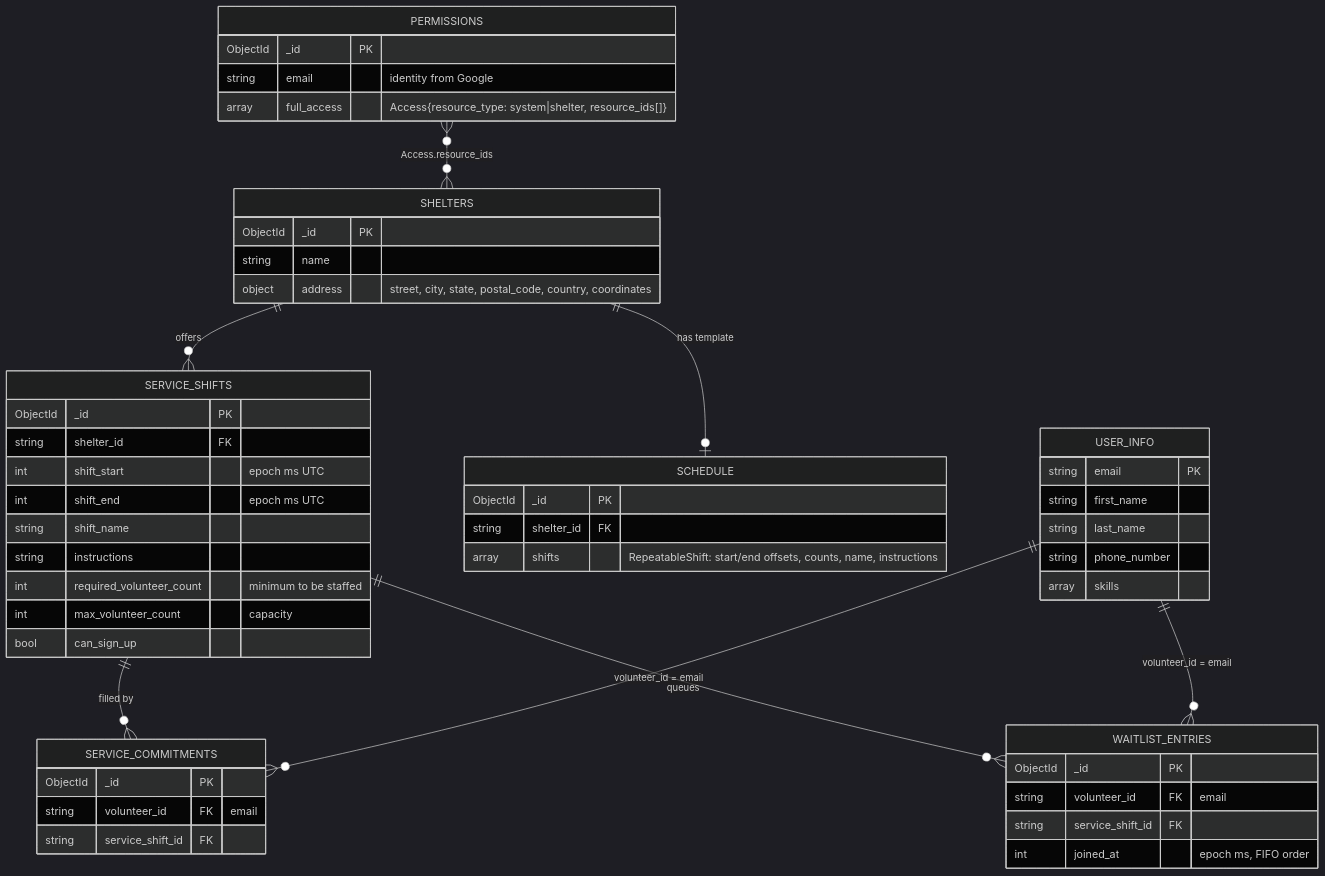
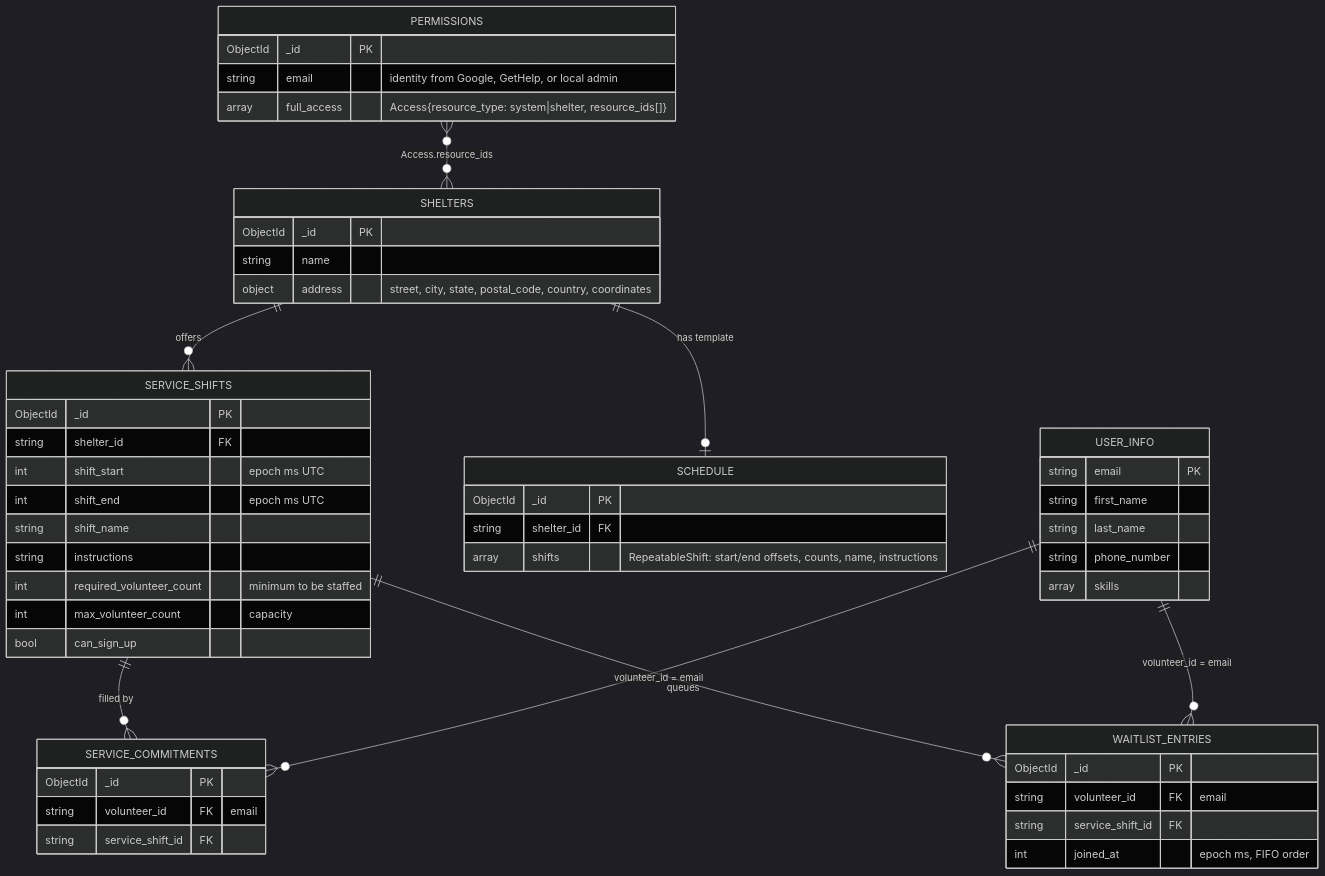
Before and after one commit to oss-slu/shelter_volunteers: the fifth of 11 diagrams in docs/SYSTEM_DESIGN.md, drawn with Mermaid (dark theme). The commit also changed other lines of this file and 17 other files, not shown here.

First line of the commit message:
Add admin email/password sign-in and redesign the landing page

````diff
--- a/docs/SYSTEM_DESIGN.md
+++ b/docs/SYSTEM_DESIGN.md
@@ -252,55 +252,55 @@
 ```mermaid
 erDiagram
     SHELTERS ||--o{ SERVICE_SHIFTS : "offers"
     SHELTERS ||--o| SCHEDULE : "has template"
     SERVICE_SHIFTS ||--o{ SERVICE_COMMITMENTS : "filled by"
     SERVICE_SHIFTS ||--o{ WAITLIST_ENTRIES : "queues"
     USER_INFO ||--o{ SERVICE_COMMITMENTS : "volunteer_id = email"
     USER_INFO ||--o{ WAITLIST_ENTRIES : "volunteer_id = email"
     PERMISSIONS }o--o{ SHELTERS : "Access.resource_ids"
 
     SHELTERS {
         ObjectId _id PK
         string name
         object address "street, city, state, postal_code, country, coordinates"
     }
     SERVICE_SHIFTS {
         ObjectId _id PK
         string shelter_id FK
         int shift_start "epoch ms UTC"
         int shift_end "epoch ms UTC"
         string shift_name
         string instructions
         int required_volunteer_count "minimum to be staffed"
         int max_volunteer_count "capacity"
         bool can_sign_up
     }
     SERVICE_COMMITMENTS {
         ObjectId _id PK
         string volunteer_id FK "email"
         string service_shift_id FK
     }
     WAITLIST_ENTRIES {
         ObjectId _id PK
         string volunteer_id FK "email"
         string service_shift_id FK
         int joined_at "epoch ms, FIFO order"
     }
     SCHEDULE {
         ObjectId _id PK
         string shelter_id FK
         array shifts "RepeatableShift: start/end offsets, counts, name, instructions"
     }
     USER_INFO {
         string email PK
         string first_name
         string last_name
         string phone_number
         array skills
     }
     PERMISSIONS {
         ObjectId _id PK
-        string email "identity from Google"
+        string email "identity from Google, GetHelp, or local admin"
         array full_access "Access{resource_type: system|shelter, resource_ids[]}"
     }
 ```
````
